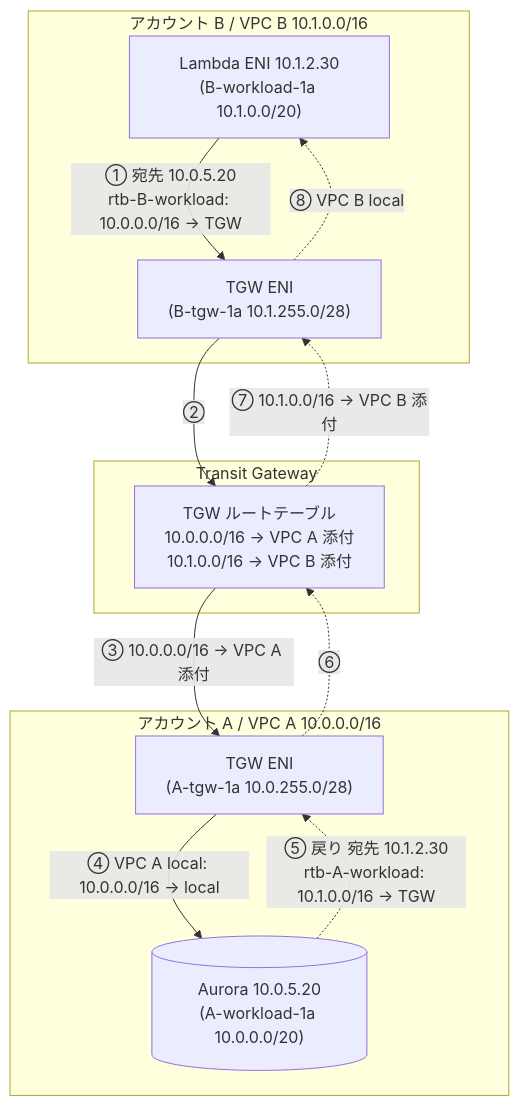
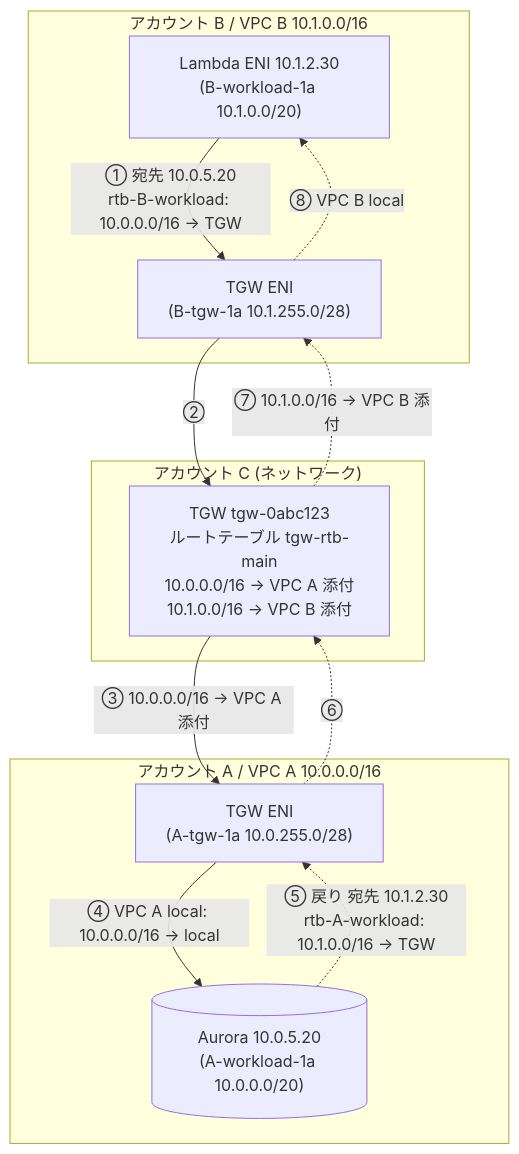
The second of 2 diagrams in content/notes/Transit Gateway で複数 AWS アカウントを接続する.md (baisonhero/study-board), drawn with Mermaid before and after one commit. The commit also changed other lines of this file, not shown here.

Commit message:
content: TGW ノート 3 アカウント構成版を同期

````diff
--- a/content/notes/Transit Gateway で複数 AWS アカウントを接続する.md
+++ b/content/notes/Transit Gateway で複数 AWS アカウントを接続する.md
@@ -434,23 +477,23 @@
 ```mermaid
 flowchart TB
   subgraph B["アカウント B / VPC B 10.1.0.0/16"]
     LMB["Lambda ENI 10.1.2.30<br/>(B-workload-1a 10.1.0.0/20)"]
     BTGW["TGW ENI<br/>(B-tgw-1a 10.1.255.0/28)"]
   end
-  subgraph TGWBOX["Transit Gateway"]
-    TGWRT["TGW ルートテーブル<br/>10.0.0.0/16 → VPC A 添付<br/>10.1.0.0/16 → VPC B 添付"]
+  subgraph C["アカウント C (ネットワーク)"]
+    TGWRT["TGW tgw-0abc123<br/>ルートテーブル tgw-rtb-main<br/>10.0.0.0/16 → VPC A 添付<br/>10.1.0.0/16 → VPC B 添付"]
   end
   subgraph A["アカウント A / VPC A 10.0.0.0/16"]
     ATGW["TGW ENI<br/>(A-tgw-1a 10.0.255.0/28)"]
     AUR[("Aurora 10.0.5.20<br/>(A-workload-1a 10.0.0.0/20)")]
   end
 
   LMB -->|"① 宛先 10.0.5.20<br/>rtb-B-workload: 10.0.0.0/16 → TGW"| BTGW
   BTGW -->|"②"| TGWRT
   TGWRT -->|"③ 10.0.0.0/16 → VPC A 添付"| ATGW
   ATGW -->|"④ VPC A local: 10.0.0.0/16 → local"| AUR
   AUR -.->|"⑤ 戻り 宛先 10.1.2.30<br/>rtb-A-workload: 10.1.0.0/16 → TGW"| ATGW
   ATGW -.->|"⑥"| TGWRT
   TGWRT -.->|"⑦ 10.1.0.0/16 → VPC B 添付"| BTGW
   BTGW -.->|"⑧ VPC B local"| LMB
 ```
````
